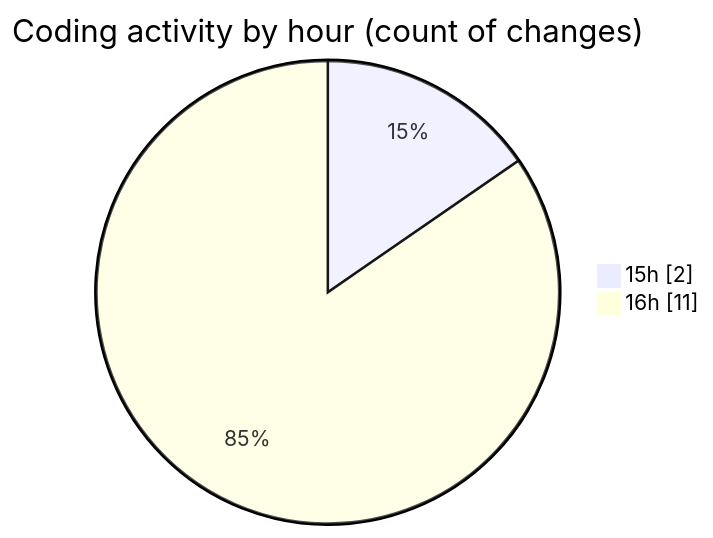
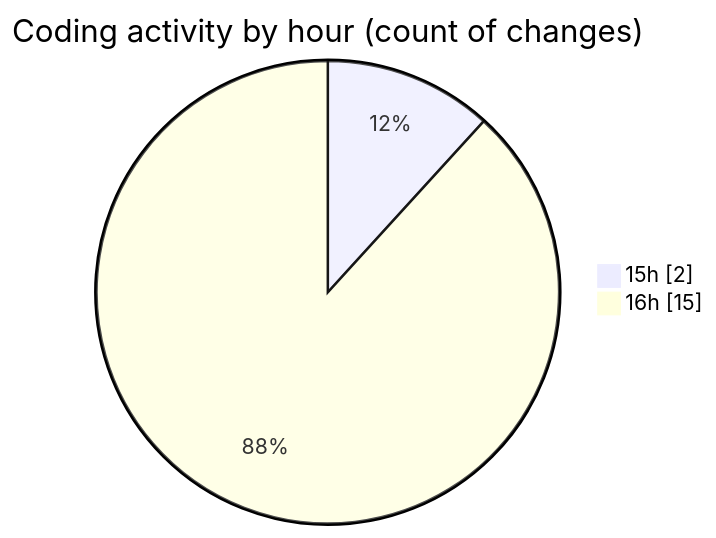
The second of 2 diagrams in 2025-08-09/nxtqube_webapp/README.md (nxtqubesakshisongat/code-tracking), drawn with Mermaid before and after one commit. The commit also changed other lines of this file and 1 other file, not shown here.

````diff
--- a/2025-08-09/nxtqube_webapp/README.md
+++ b/2025-08-09/nxtqube_webapp/README.md
@@ -28,6 +28,6 @@
 ```mermaid
 pie showData
 title Coding activity by hour (count of changes)
 "15h" : 2
-"16h" : 11
+"16h" : 15
 ```
````
